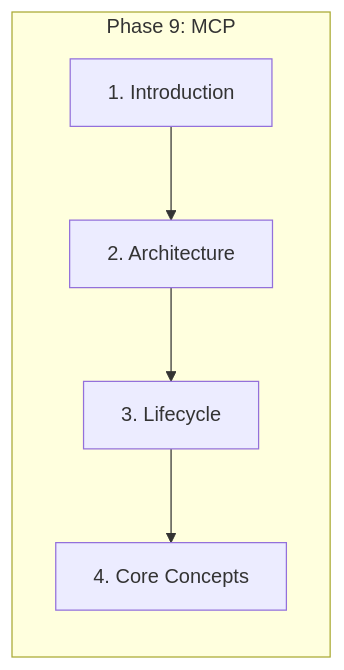
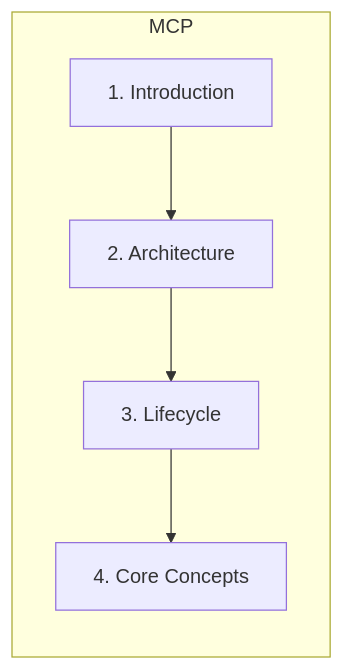
The first of 2 diagrams in domains/mcp/introduction-to-mcp.md (abdulsamad183/ai-engineering-playbook), drawn with Mermaid before and after one commit. The commit also changed other lines of this file and 301 other files, not shown here.

````diff
--- a/domains/mcp/introduction-to-mcp.md
+++ b/domains/mcp/introduction-to-mcp.md
@@ -53,10 +53,10 @@
 ```mermaid
 flowchart LR
-    subgraph "Phase 9: MCP"
+    subgraph "MCP"
         S1[1. Introduction]
         S2[2. Architecture]
         S3[3. Lifecycle]
         S4[4. Core Concepts]
     end
     S1 --> S2 --> S3 --> S4
 ```
````
